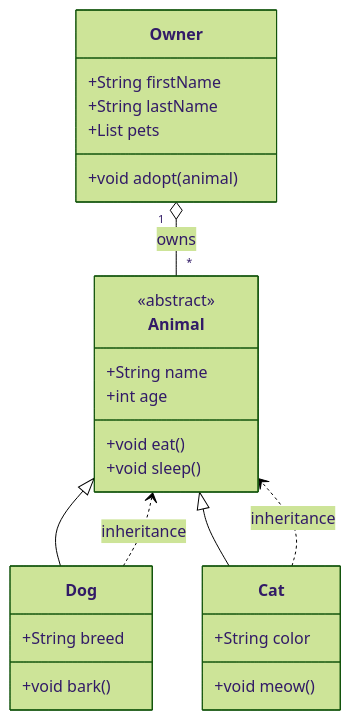
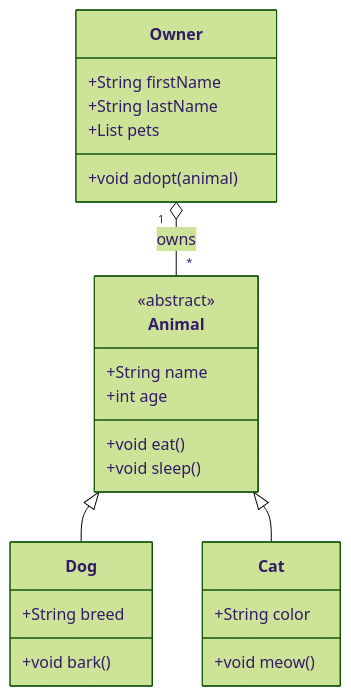
The diagram in example-class.mmd (NikolaLaskowska/Tests), drawn with Mermaid (forest theme) before and after one commit.

```diff
--- a/example-class.mmd
+++ b/example-class.mmd
@@ -1,29 +1,27 @@
 classDiagram
     direction TB
     class Animal {
         <<abstract>>
         +String name
         +int age
         +void eat()
         +void sleep()
     }
     class Dog {
         +String breed
         +void bark()
     }
     class Cat {
         +String color
         +void meow()
     }
     class Owner {
         +String firstName
         +String lastName
         +List<Animal> pets
         +void adopt(animal)
     }
 
     Animal <|-- Dog
     Animal <|-- Cat
     Owner "1" o-- "*" Animal : owns
-    Dog ..> Animal : inheritance
-    Cat ..> Animal : inheritance
```
